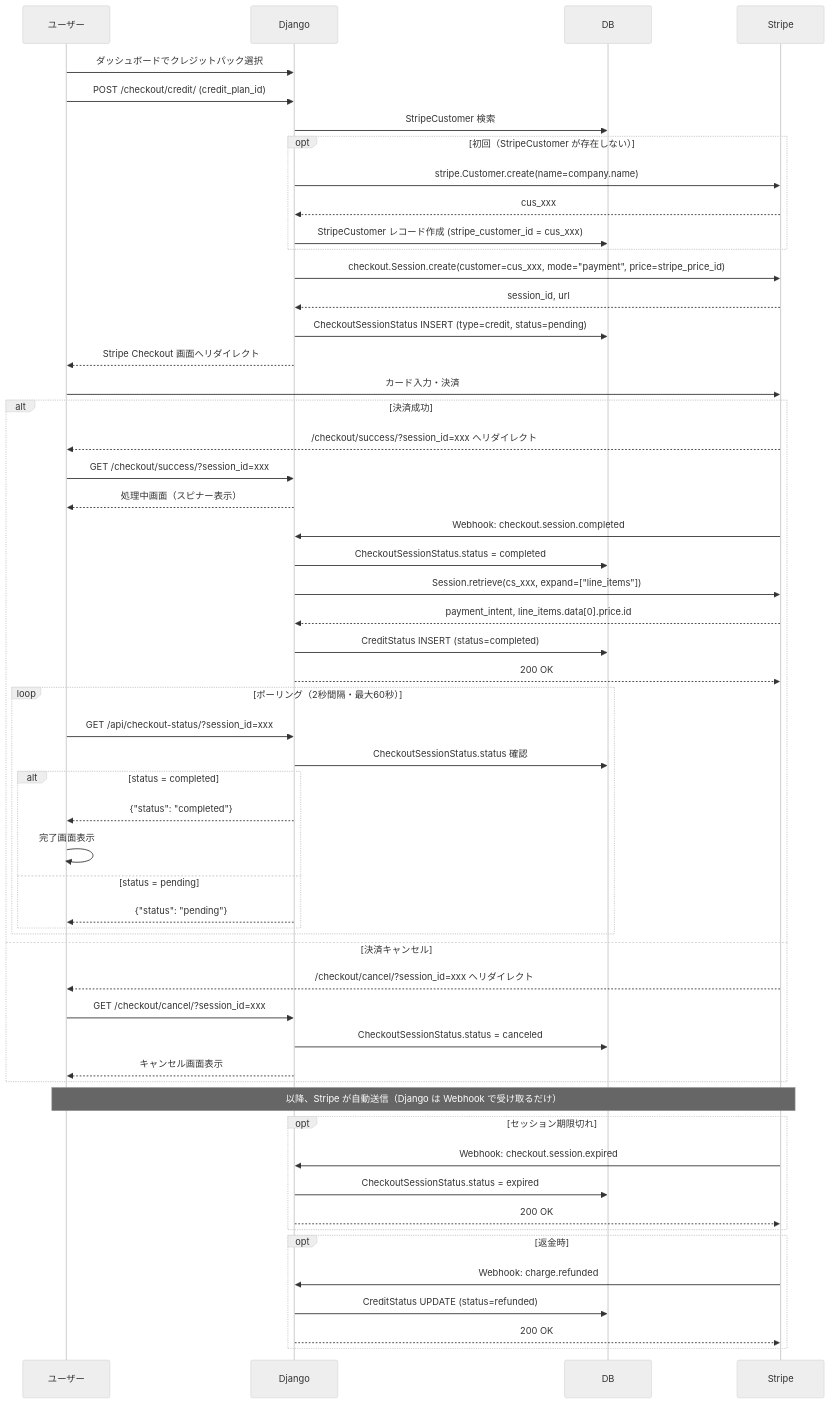
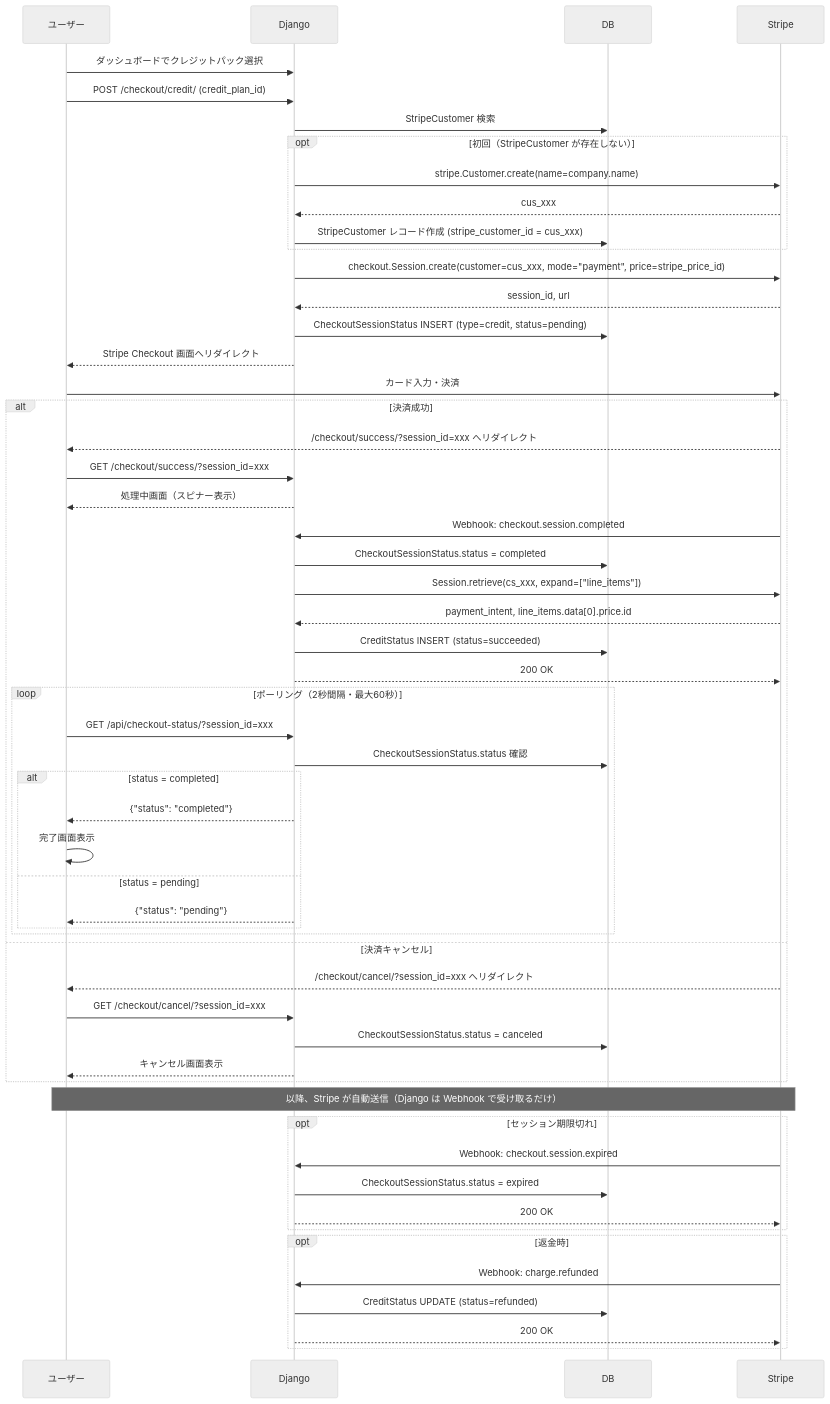
The second of 4 diagrams in docs/sequence-diagram.md (suzuki-tomok/payment-core), drawn with Mermaid (neutral theme) before and after one commit. The commit also changed other lines of this file and 15 other files, not shown here.

````diff
--- a/docs/sequence-diagram.md
+++ b/docs/sequence-diagram.md
@@ -90,69 +90,69 @@
 ```mermaid
 sequenceDiagram
     participant U as ユーザー
     participant D as Django
     participant DB as DB
     participant S as Stripe
 
     U->>D: ダッシュボードでクレジットパック選択
     U->>D: POST /checkout/credit/ (credit_plan_id)
 
     D->>DB: StripeCustomer 検索
 
     opt 初回（StripeCustomer が存在しない）
         D->>S: stripe.Customer.create(name=company.name)
         S-->>D: cus_xxx
         D->>DB: StripeCustomer レコード作成 (stripe_customer_id = cus_xxx)
     end
 
     D->>S: checkout.Session.create(customer=cus_xxx, mode="payment", price=stripe_price_id)
     S-->>D: session_id, url
     D->>DB: CheckoutSessionStatus INSERT (type=credit, status=pending)
     D-->>U: Stripe Checkout 画面へリダイレクト
 
     U->>S: カード入力・決済
 
     alt 決済成功
         S-->>U: /checkout/success/?session_id=xxx へリダイレクト
         U->>D: GET /checkout/success/?session_id=xxx
         D-->>U: 処理中画面（スピナー表示）
 
         S->>D: Webhook: checkout.session.completed
         D->>DB: CheckoutSessionStatus.status = completed
         D->>S: Session.retrieve(cs_xxx, expand=["line_items"])
         S-->>D: payment_intent, line_items.data[0].price.id
-        D->>DB: CreditStatus INSERT (status=completed)
+        D->>DB: CreditStatus INSERT (status=succeeded)
         D-->>S: 200 OK
 
         loop ポーリング（2秒間隔・最大60秒）
             U->>D: GET /api/checkout-status/?session_id=xxx
             D->>DB: CheckoutSessionStatus.status 確認
             alt status = completed
                 D-->>U: {"status": "completed"}
                 U->>U: 完了画面表示
             else status = pending
                 D-->>U: {"status": "pending"}
             end
         end
 
     else 決済キャンセル
         S-->>U: /checkout/cancel/?session_id=xxx へリダイレクト
         U->>D: GET /checkout/cancel/?session_id=xxx
         D->>DB: CheckoutSessionStatus.status = canceled
         D-->>U: キャンセル画面表示
     end
 
     Note over U,S: 以降、Stripe が自動送信（Django は Webhook で受け取るだけ）
 
     opt セッション期限切れ
         S->>D: Webhook: checkout.session.expired
         D->>DB: CheckoutSessionStatus.status = expired
         D-->>S: 200 OK
     end
 
     opt 返金時
         S->>D: Webhook: charge.refunded
         D->>DB: CreditStatus UPDATE (status=refunded)
         D-->>S: 200 OK
     end
 ```
````
